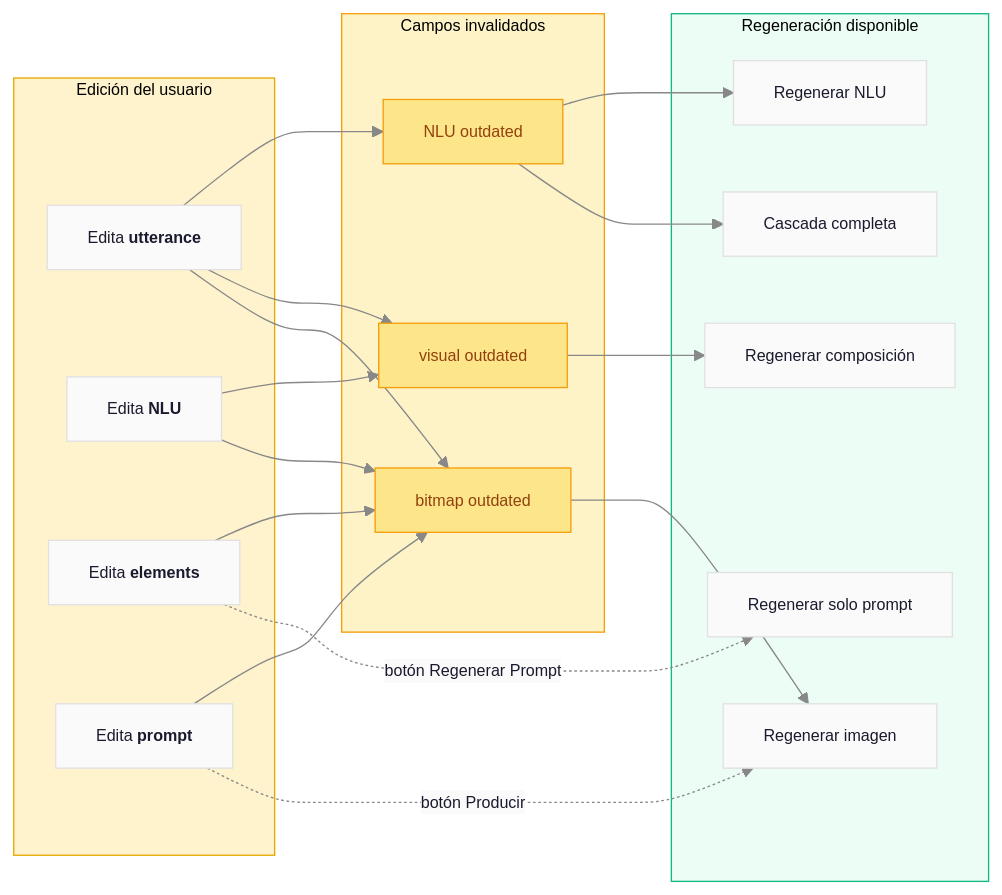
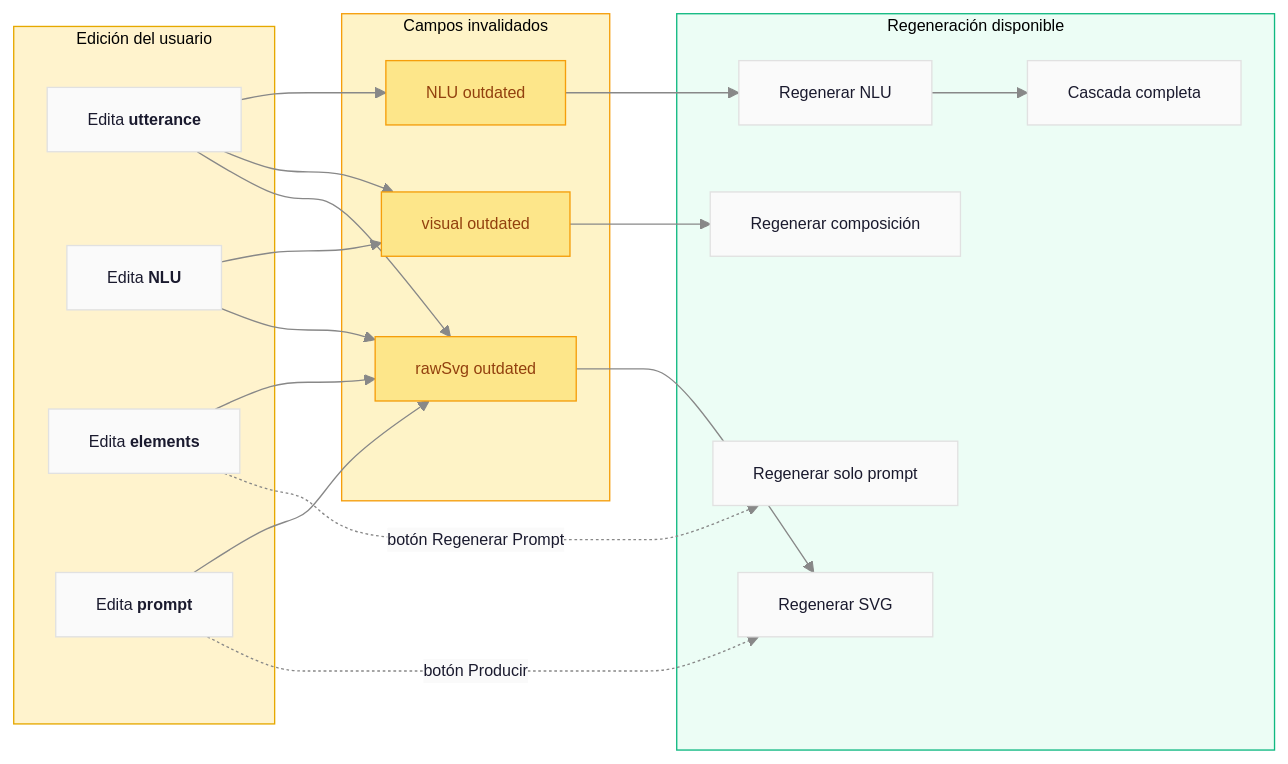
The second of 2 diagrams in README.md (mediafranca/pictos-net), drawn with Mermaid before and after one commit. The commit also changed other lines of this file and 9 other files, not shown here.

````diff
--- a/README.md
+++ b/README.md
@@ -197,61 +167,52 @@
 ```mermaid
 %%{init: {
   'theme': 'base',
   'themeVariables': {
     'primaryColor': '#fafafa',
     'primaryTextColor': '#1a1a2e',
     'lineColor': '#888',
     'fontSize': '12px',
     'fontFamily': 'Lexend, system-ui, sans-serif'
   },
   'flowchart': { 'curve': 'basis' }
 }}%%
 flowchart LR
     subgraph EDIT["Edición del usuario"]
         e1["Edita <b>utterance</b>"]
         e2["Edita <b>NLU</b>"]
         e3["Edita <b>elements</b>"]
         e4["Edita <b>prompt</b>"]
     end
 
     subgraph INVALIDATION["Campos invalidados"]
         nlu_out["NLU outdated"]
         vis_out["visual outdated"]
-        bmp_out["bitmap outdated"]
+        svg_out["rawSvg outdated"]
     end
 
     subgraph REGEN["Regeneración disponible"]
         r1["Regenerar NLU"]
         r2["Regenerar composición"]
         r2b["Regenerar solo prompt"]
-        r3["Regenerar imagen"]
+        r3["Regenerar SVG"]
         r_all["Cascada completa"]
     end
 
-    e1 --> nlu_out
-    e1 --> vis_out
-    e1 --> bmp_out
-
-    e2 --> vis_out
-    e2 --> bmp_out
-
-    e3 --> bmp_out
+    e1 --> nlu_out & vis_out & svg_out
+    e2 --> vis_out & svg_out
+    e3 --> svg_out
     e3 -.->|"botón Regenerar Prompt"| r2b
-
-    e4 --> bmp_out
+    e4 --> svg_out
     e4 -.->|"botón Producir"| r3
 
-    nlu_out --> r1
+    nlu_out --> r1 --> r_all
     vis_out --> r2
-    bmp_out --> r3
-
-    nlu_out --> r_all
+    svg_out --> r3
 
     style EDIT fill:#fff3cd,stroke:#e6a800
     style INVALIDATION fill:#fef3c7,stroke:#f59e0b
     style REGEN fill:#ecfdf5,stroke:#10b981
-
     style nlu_out fill:#fde68a,stroke:#f59e0b,color:#92400e
     style vis_out fill:#fde68a,stroke:#f59e0b,color:#92400e
-    style bmp_out fill:#fde68a,stroke:#f59e0b,color:#92400e
+    style svg_out fill:#fde68a,stroke:#f59e0b,color:#92400e
 ```
````
